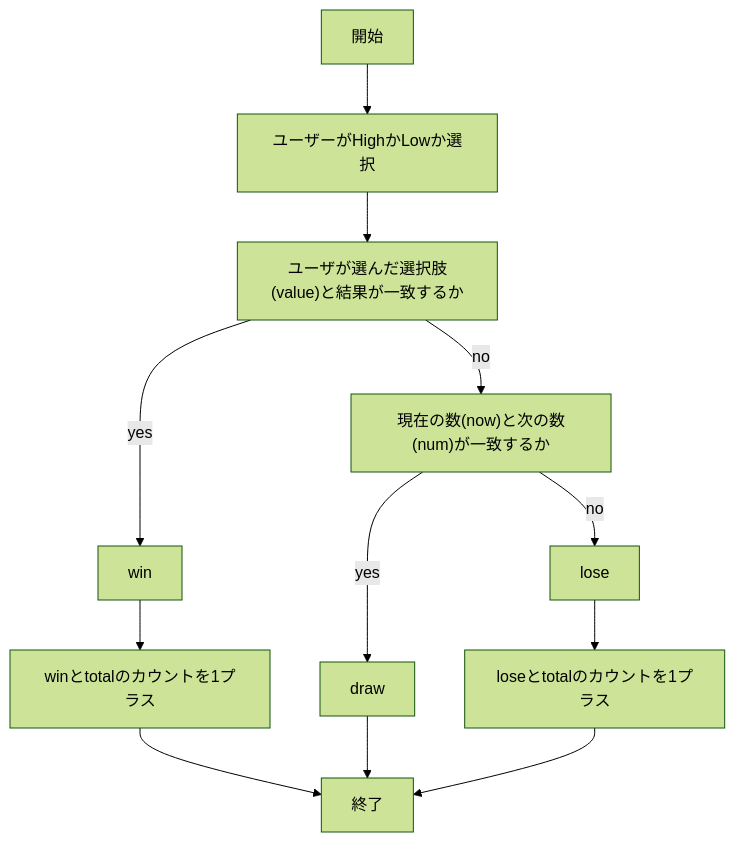
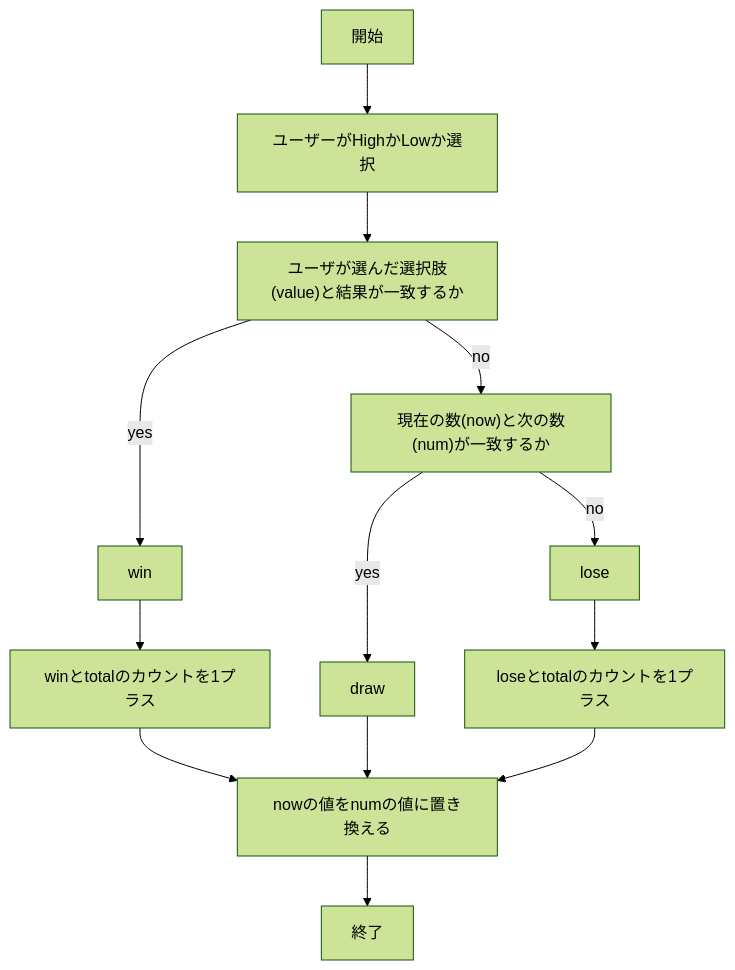
The first of 2 diagrams in README.md (tosi770/webpro_06), drawn with Mermaid (forest theme) before and after one commit. The commit also changed other lines of this file, not shown here.

Commit message:
レポート

````diff
--- a/README.md
+++ b/README.md
@@ -30,26 +30,28 @@
 ```mermaid
 flowchart TD
 
 start["開始"]
 end1["終了"]
+num["nowの値をnumの値に置き換える"]
 in["ユーザーがHighかLowか選択"]
 if1["ユーザが選んだ選択肢(value)と結果が一致するか"]
 if2["現在の数(now)と次の数(num)が一致するか"]
 win["win"]
 win++["winとtotalのカウントを1プラス"]
 draw["draw"]
 lose["lose"]
 total++["loseとtotalのカウントを1プラス"]
 
 start --> in
 in --> if1
 if1 -->|yes| win
 win --> win++
-win++ --> end1
+win++ --> num
 if1 -->|no| if2
 if2 --> |yes| draw
 if2 --> |no| lose
-draw --> end1
+draw --> num
 lose --> total++
-total++ --> end1
+total++ --> num
+num --> end1
 ```
````
